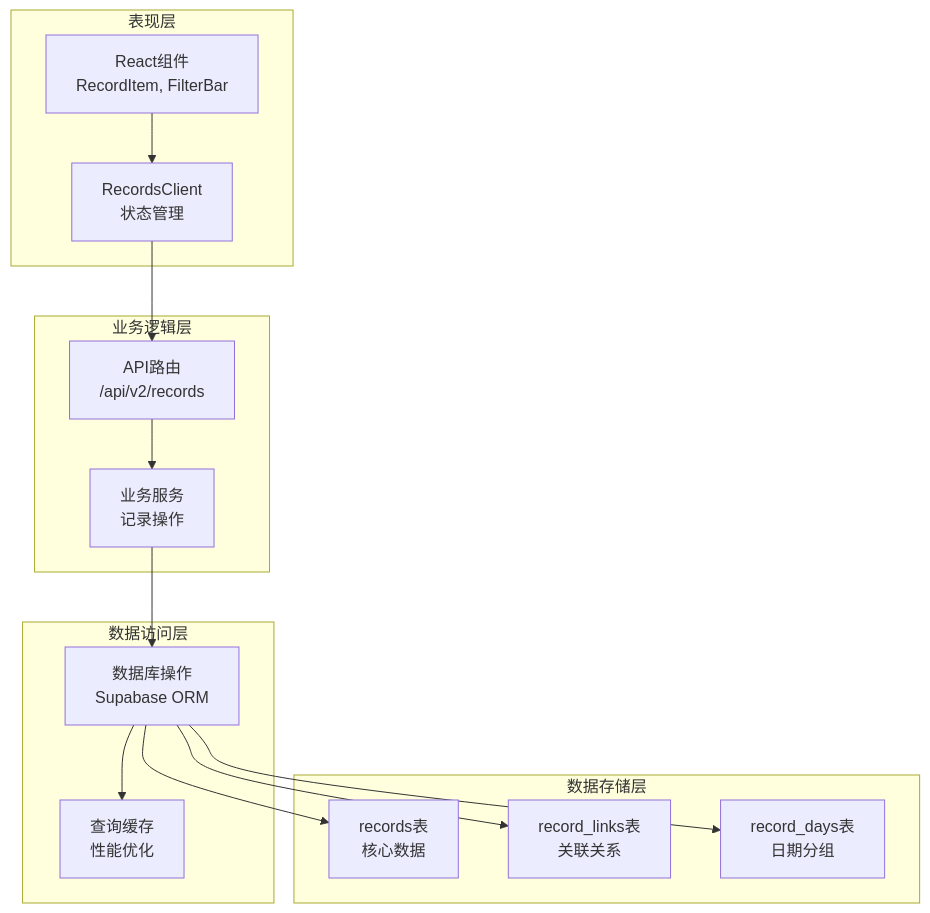
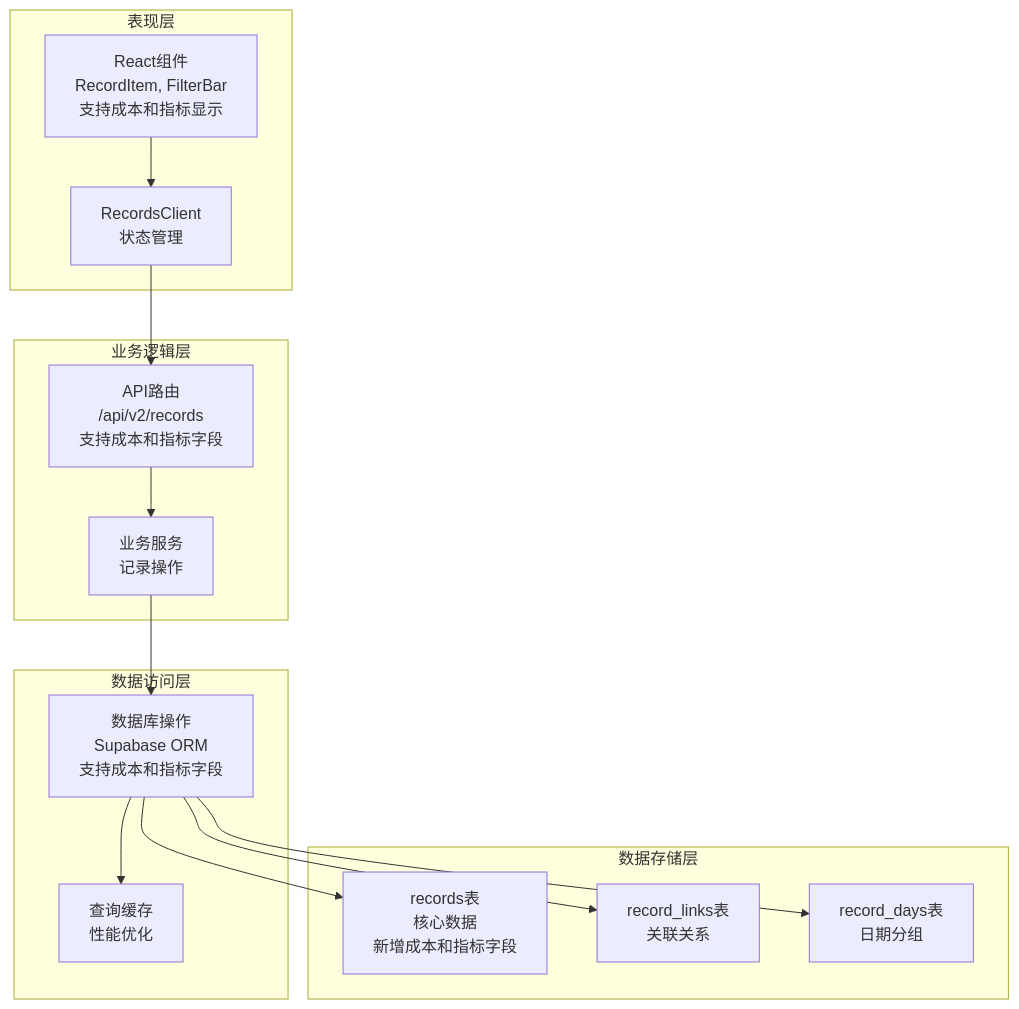
One commit to bbong1234/TETO changed the fourth of 8 diagrams in .qoder/repowiki/zh/content/核心功能模块/记录管理系统/记录类型系统.md. Above: the diagram before and after it, drawn with Mermaid. The commit also changed other lines of this file and 26 other files, not shown here.

````diff
--- a/.qoder/repowiki/zh/content/核心功能模块/记录管理系统/记录类型系统.md
+++ b/.qoder/repowiki/zh/content/核心功能模块/记录管理系统/记录类型系统.md
@@ -139,28 +175,28 @@
 ```mermaid
 graph TB
 subgraph "表现层"
-UI[React组件<br/>RecordItem, FilterBar]
+UI[React组件<br/>RecordItem, FilterBar<br/>支持成本和指标显示]
 Client[RecordsClient<br/>状态管理]
 end
 subgraph "业务逻辑层"
-API[API路由<br/>/api/v2/records]
+API[API路由<br/>/api/v2/records<br/>支持成本和指标字段]
 Service[业务服务<br/>记录操作]
 end
 subgraph "数据访问层"
-DB[数据库操作<br/>Supabase ORM]
+DB[数据库操作<br/>Supabase ORM<br/>支持成本和指标字段]
 Cache[查询缓存<br/>性能优化]
 end
 subgraph "数据存储层"
-Records[records表<br/>核心数据]
+Records[records表<br/>核心数据<br/>新增成本和指标字段]
 Links[record_links表<br/>关联关系]
 Days[record_days表<br/>日期分组]
 end
 UI --> Client
 Client --> API
 API --> Service
 Service --> DB
 DB --> Records
 DB --> Links
 DB --> Days
 DB --> Cache
 ```
````
